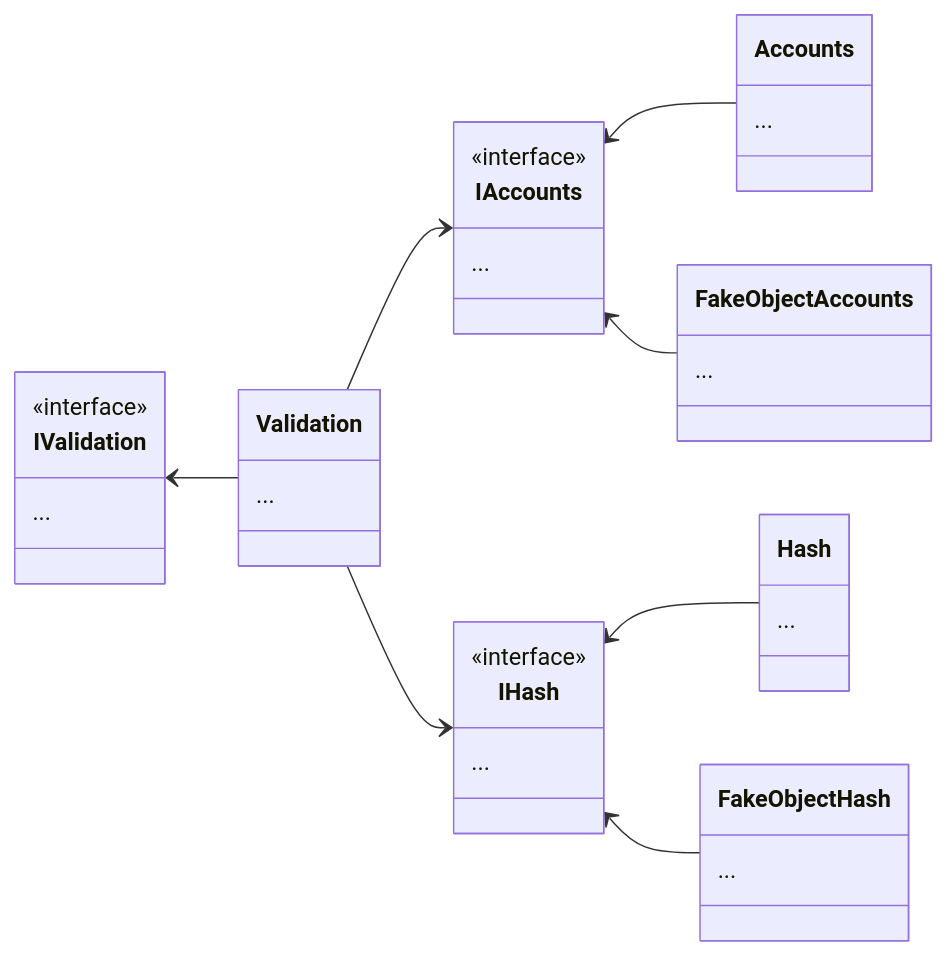
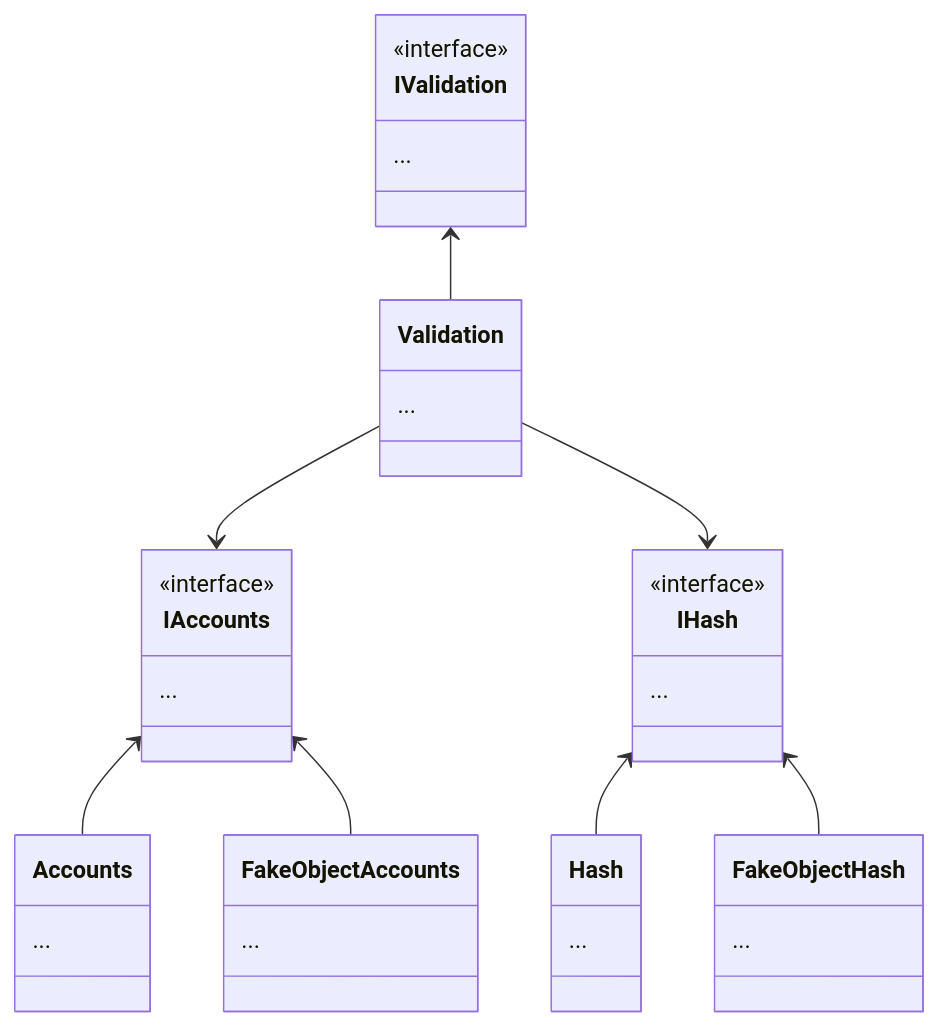
Before and after one commit to SiegeSailor/vault-personal: the third of 3 diagrams in master-notes/NOTE/docs/test/unit-test/principles.md, drawn with Mermaid. The commit also changed other lines of this file and 10 other files, not shown here.

````diff
--- a/master-notes/NOTE/docs/test/unit-test/principles.md
+++ b/master-notes/NOTE/docs/test/unit-test/principles.md
@@ -250,38 +254,38 @@
 ```mermaid
 classDiagram
-  direction LR
+  direction TB
   class IValidation {
       <<interface>>
       ...
   }
   class Validation {
       ...
   }
   class IAccounts {
       <<interface>>
       ...
   }
   class IHash {
       <<interface>>
       ...
   }
   class Accounts {
       ...
   }
   class Hash {
       ...
   }
   class FakeObjectAccounts {
       ...
   }
   class FakeObjectHash {
       ...
   }
   IValidation <-- Validation
   Validation --> IAccounts
   Validation --> IHash
   IAccounts <-- Accounts
   IAccounts <-- FakeObjectAccounts
   IHash <-- Hash
   IHash <-- FakeObjectHash
 ```
````
